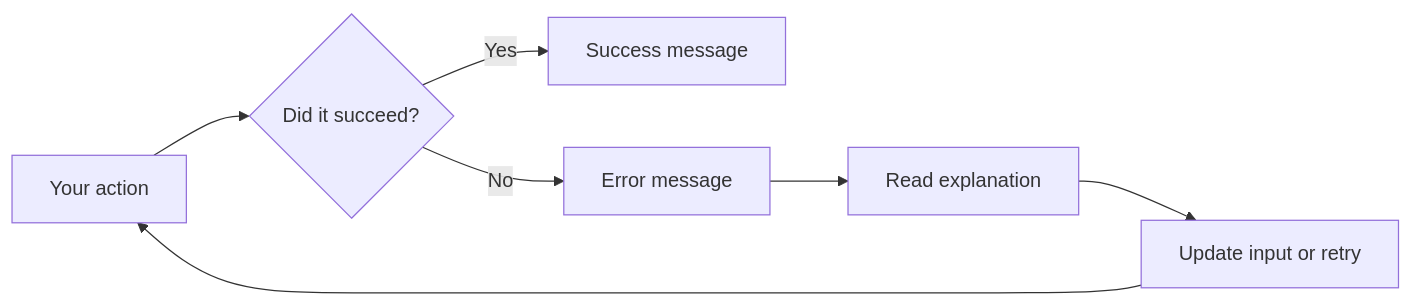
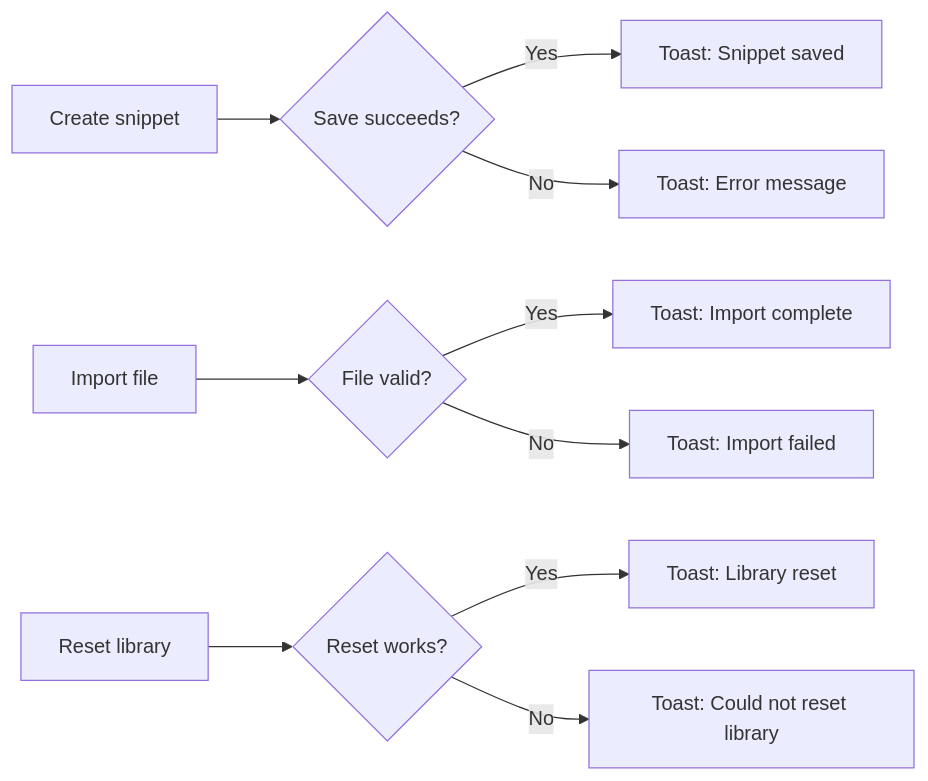
The second of 2 diagrams in api2-documentation/plan_2026-11-02_f8890e/user-facing-docs/logging-diagnostics.md (Mohita111/API2), drawn with Mermaid before and after one commit. The commit also changed other lines of this file and 12 other files, not shown here.

````diff
--- a/api2-documentation/plan_2026-11-02_f8890e/user-facing-docs/logging-diagnostics.md
+++ b/api2-documentation/plan_2026-11-02_f8890e/user-facing-docs/logging-diagnostics.md
@@ -119,9 +66,12 @@
 ```mermaid
 graph LR
-    A[Your action] --> B{"Did it succeed?"}
-    B -- Yes --> C[Success message]
-    B -- No --> D[Error message]
-    D --> E[Read explanation]
-    E --> F[Update input or retry]
-    F --> A
+    A[Create snippet] --> B{"Save succeeds?"}
+    B -->|Yes| C["Toast: Snippet saved"]
+    B -->|No| D["Toast: Error message"]
+    E[Import file] --> F{"File valid?"}
+    F -->|Yes| G["Toast: Import complete"]
+    F -->|No| H["Toast: Import failed"]
+    I[Reset library] --> J{"Reset works?"}
+    J -->|Yes| K["Toast: Library reset"]
+    J -->|No| L["Toast: Could not reset library"]
 ```
````
